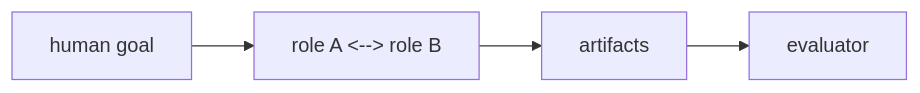
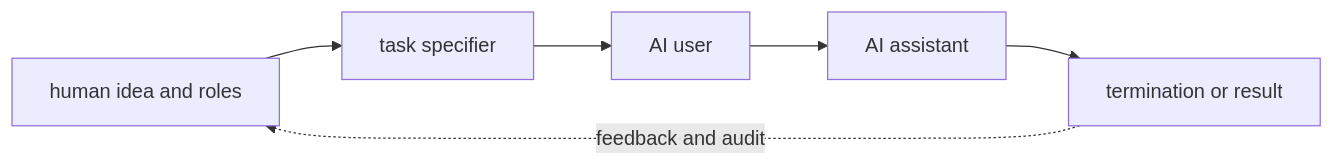
The first of 2 diagrams in llm-learning-repository/tutorials/04-agents-and-protocols/17-camel.md (niyama-admin/learning-lab), drawn with Mermaid before and after one commit. The commit also changed other lines of this file and 24 other files, not shown here.

````diff
--- a/llm-learning-repository/tutorials/04-agents-and-protocols/17-camel.md
+++ b/llm-learning-repository/tutorials/04-agents-and-protocols/17-camel.md
@@ -9,6 +22,8 @@
 ```mermaid
 flowchart LR
-  A["human goal"] --> B["role A <--> role B"]
-  B["role A <--> role B"] --> C["artifacts"]
-  C["artifacts"] --> D["evaluator"]
+  A["human idea and roles"] --> B["task specifier"]
+  B --> C["AI user"]
+  C --> D["AI assistant"]
+  D --> E["termination or result"]
+  E -. feedback and audit .-> A
 ```
````
